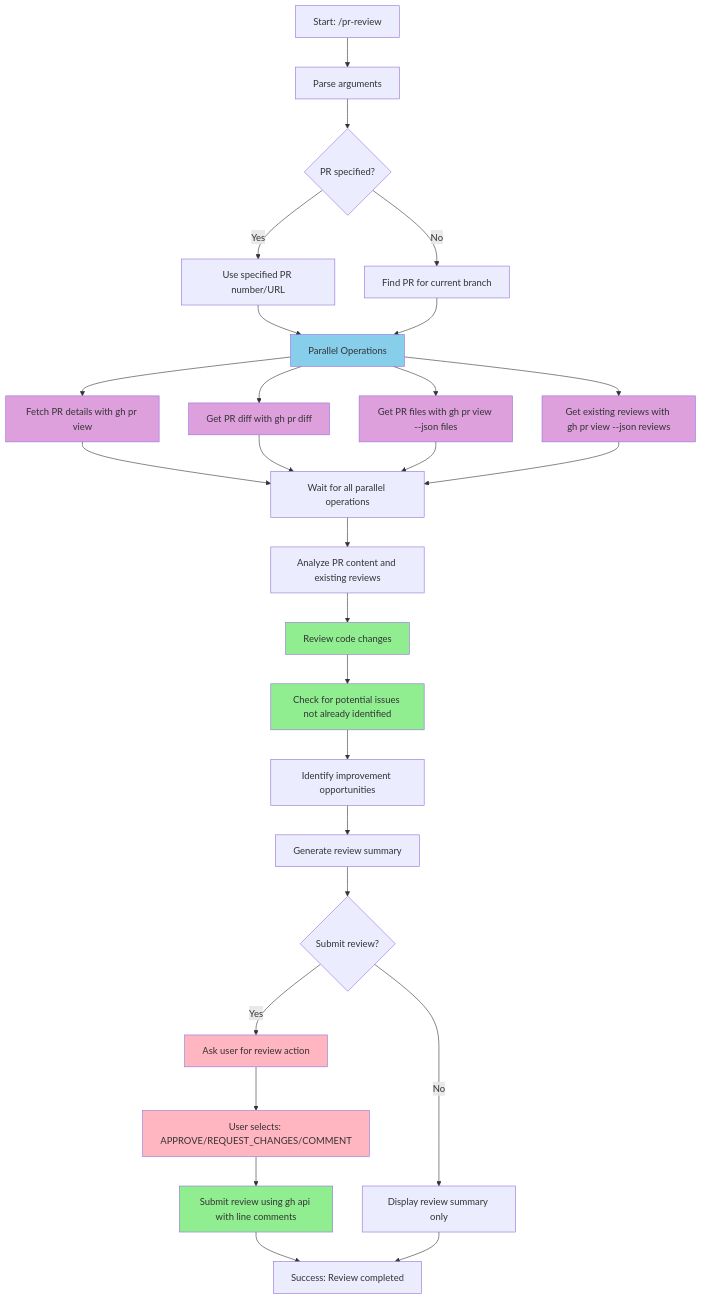
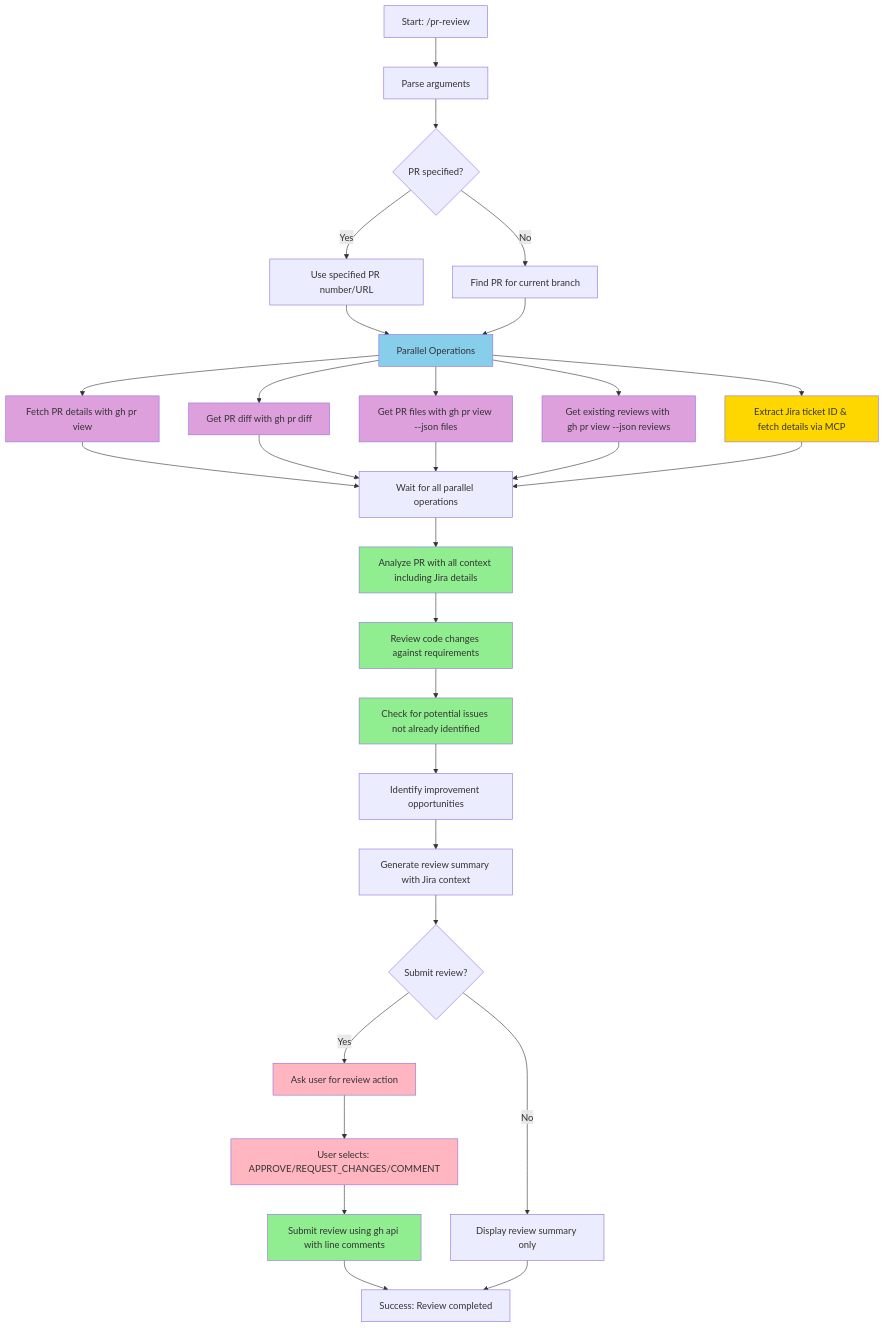
The first of 3 diagrams in claude/.claude/commands/pr-review.md (biwsantang/dotfiles), drawn with Mermaid before and after one commit. The commit also changed other lines of this file, not shown here.

First line of the commit message:
feat: add Jira integration to PR review command

````diff
--- a/claude/.claude/commands/pr-review.md
+++ b/claude/.claude/commands/pr-review.md
@@ -42,40 +42,44 @@
 ```mermaid
 flowchart TD
     A[Start: /pr-review] --> B[Parse arguments]
     B --> C{PR specified?}
     C -->|Yes| D[Use specified PR number/URL]
     C -->|No| E[Find PR for current branch]
     D --> F[Parallel Operations]
     E --> F
     F --> F1[Fetch PR details with gh pr view]
     F --> F2[Get PR diff with gh pr diff]
     F --> F3[Get PR files with gh pr view --json files]
     F --> F4[Get existing reviews with gh pr view --json reviews]
+    F --> F5[Extract Jira ticket ID & fetch details via MCP]
     F1 --> G[Wait for all parallel operations]
     F2 --> G
     F3 --> G
     F4 --> G
-    G --> H[Analyze PR content and existing reviews]
-    H --> H1[Review code changes]
+    F5 --> G
+    G --> H[Analyze PR with all context including Jira details]
+    H --> H1[Review code changes against requirements]
     H1 --> H2[Check for potential issues not already identified]
     H2 --> H3[Identify improvement opportunities]
-    H3 --> I[Generate review summary]
+    H3 --> I[Generate review summary with Jira context]
     I --> J{Submit review?}
     J -->|Yes| K[Ask user for review action]
     K --> K1[User selects: APPROVE/REQUEST_CHANGES/COMMENT]
     K1 --> L[Submit review using gh api with line comments]
     J -->|No| M[Display review summary only]
     L --> N[Success: Review submitted]
     M --> N[Success: Review completed]
-    
+
     style F fill:#87CEEB
     style F1 fill:#DDA0DD
-    style F2 fill:#DDA0DD  
+    style F2 fill:#DDA0DD
     style F3 fill:#DDA0DD
     style F4 fill:#DDA0DD
+    style F5 fill:#FFD700
+    style H fill:#90EE90
     style H1 fill:#90EE90
     style H2 fill:#90EE90
     style K fill:#FFB6C1
     style K1 fill:#FFB6C1
     style L fill:#90EE90
 ```
````
